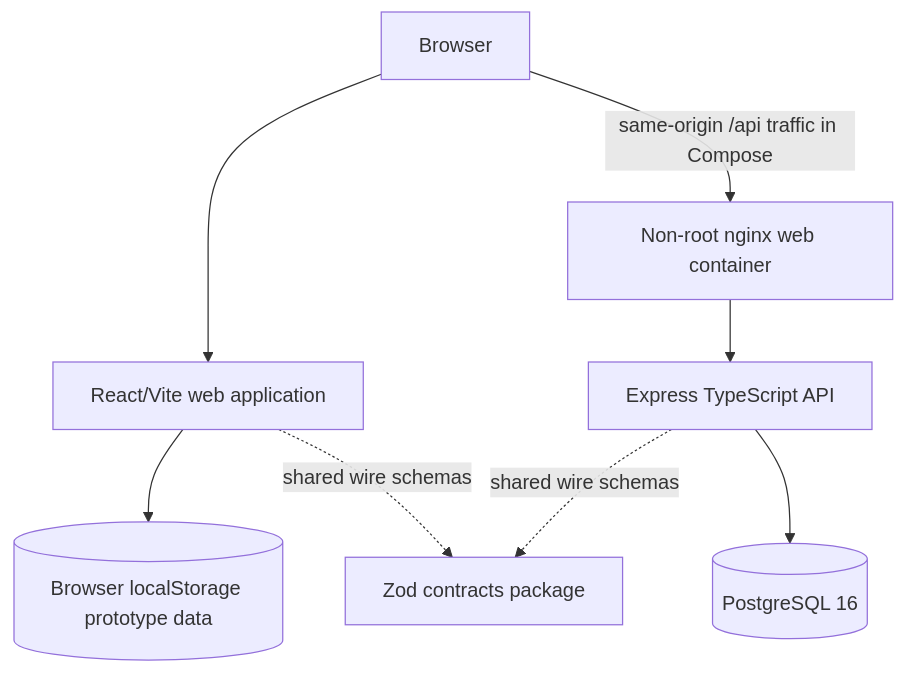
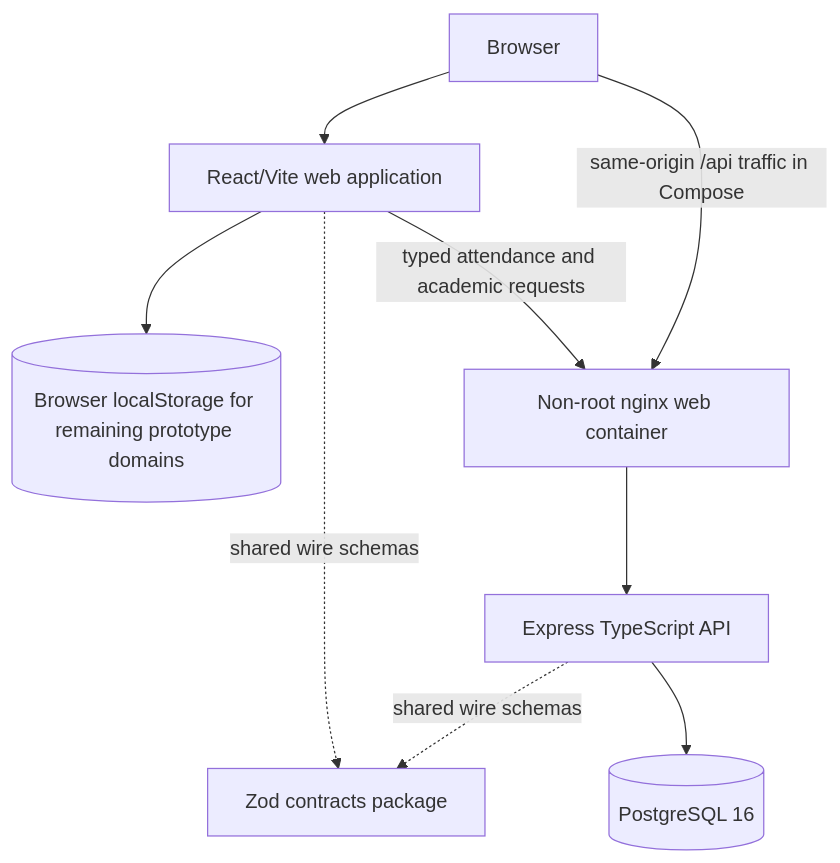
The diagram in README.md (MWS-MAD-Labs/MWS-Learnspace), drawn with Mermaid before and after one commit. The commit also changed other lines of this file and 48 other files, not shown here.

````diff
--- a/README.md
+++ b/README.md
@@ -29,10 +29,11 @@
 ```mermaid
 flowchart TB
     Browser[Browser] --> Web[React/Vite web application]
-    Web --> LocalStorage[(Browser localStorage prototype data)]
+    Web --> LocalStorage[(Browser localStorage for remaining prototype domains)]
+    Web -->|typed attendance and academic requests| Proxy
     Browser -->|same-origin /api traffic in Compose| Proxy[Non-root nginx web container]
     Proxy --> API[Express TypeScript API]
     API --> DB[(PostgreSQL 16)]
     Web -. shared wire schemas .-> Contracts[Zod contracts package]
     API -. shared wire schemas .-> Contracts
 ```
````
